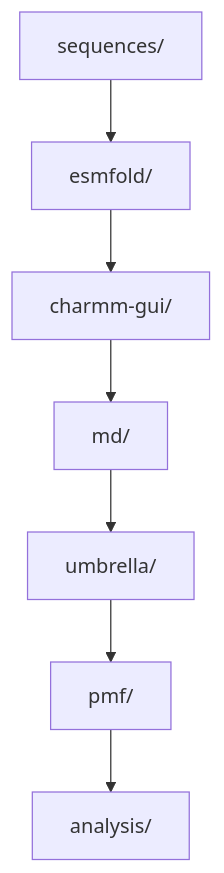
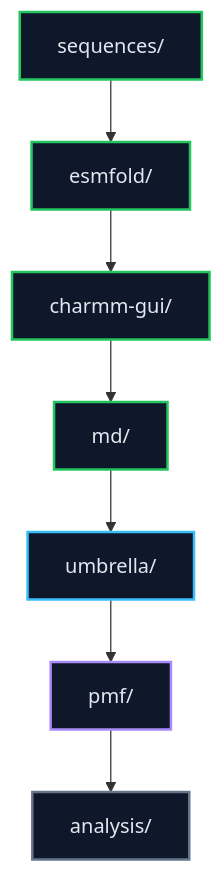
Before and after one commit to jackyissocute/LiSPER: the diagram in 01_computational_discovery/README.md, drawn with Mermaid. The commit also changed other lines of this file and 10 other files, not shown here.

````diff
--- a/01_computational_discovery/README.md
+++ b/01_computational_discovery/README.md
@@ -9,20 +11,29 @@
 ```mermaid
 flowchart TD
     accTitle: Computational Discovery Folders
     accDescr: The computational discovery folder moves from candidate sequences through structure prediction, system setup, molecular dynamics, umbrella sampling, PMF analysis, and final interpretation.
 
     sequences["sequences/"]
     esmfold["esmfold/"]
     charmm_gui["charmm-gui/"]
     md["md/"]
     umbrella["umbrella/"]
     pmf["pmf/"]
     analysis["analysis/"]
 
     sequences --> esmfold
     esmfold --> charmm_gui
     charmm_gui --> md
     md --> umbrella
     umbrella --> pmf
     pmf --> analysis
+
+    classDef planned fill:#0F172A,stroke:#64748B,stroke-width:2px,color:#E2E8F0
+    classDef running fill:#0F172A,stroke:#38BDF8,stroke-width:2px,color:#E2E8F0
+    classDef qc fill:#0F172A,stroke:#A78BFA,stroke-width:2px,color:#E2E8F0
+    classDef complete fill:#0F172A,stroke:#22C55E,stroke-width:2px,color:#E2E8F0
+    class sequences,esmfold,charmm_gui,md complete
+    class umbrella running
+    class pmf qc
+    class analysis planned
 ```
````
